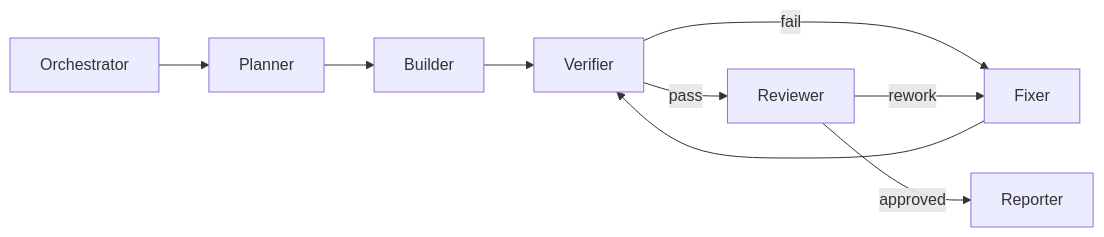
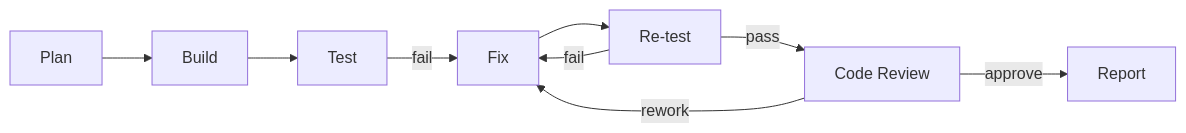
The diagram in doc/CODEX-RUNBOOK.md (jedikim/web-testing), drawn with Mermaid before and after one commit. The commit also changed other lines of this file and 27 other files, not shown here.

Commit message:
docs: refresh bilingual docs for current architecture and operations

````diff
--- a/doc/CODEX-RUNBOOK.md
+++ b/doc/CODEX-RUNBOOK.md
@@ -49,11 +31,11 @@
 ```mermaid
 flowchart LR
-    O["Orchestrator"] --> P["Planner"]
-    P --> B["Builder"]
-    B --> V["Verifier"]
-    V -->|fail| F["Fixer"]
-    F --> V
-    V -->|pass| RV["Reviewer"]
-    RV -->|approved| R["Reporter"]
-    RV -->|rework| F
+    P[Plan] --> B[Build]
+    B --> T[Test]
+    T -->|fail| F[Fix]
+    F --> R[Re-test]
+    R -->|fail| F
+    R -->|pass| C[Code Review]
+    C -->|rework| F
+    C -->|approve| O[Report]
 ```
````
